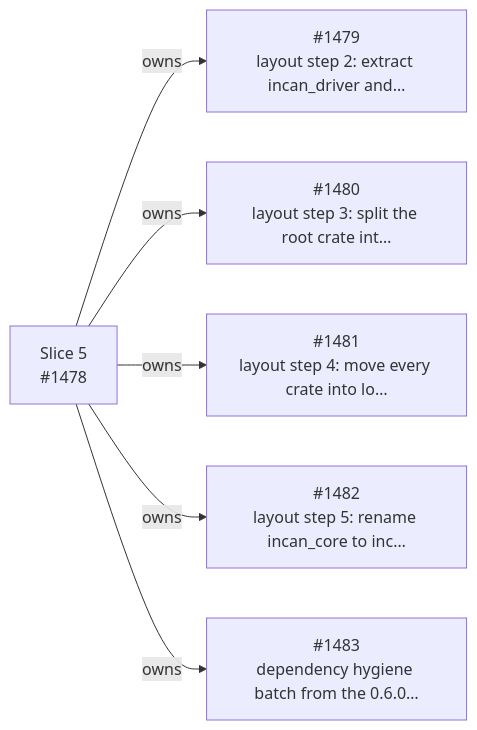
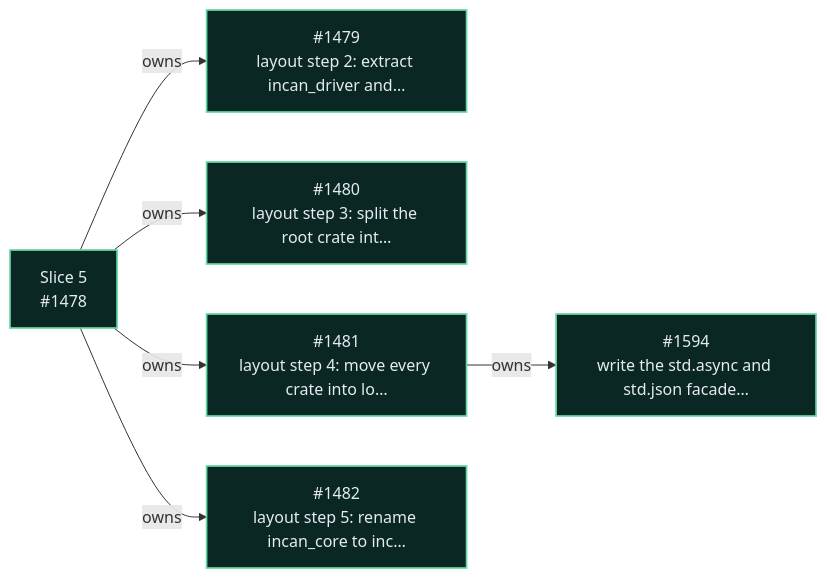
The fifth of 12 diagrams in workspaces/docs-site/docs/_snippets/project/v0_6_roadmap.md (encero-systems/incan), drawn with Mermaid before and after one commit. The commit also changed other lines of this file and 2 other files, not shown here.

First line of the commit message:
docs - 1561 refresh the v0.6 roadmap and show Slice 7 (#2051)

````diff
--- a/workspaces/docs-site/docs/_snippets/project/v0_6_roadmap.md
+++ b/workspaces/docs-site/docs/_snippets/project/v0_6_roadmap.md
@@ -421,20 +385,22 @@
 ```mermaid
 flowchart LR
   s1478["Slice 5<br/>#1478"]
   i1479["#1479<br/>layout step 2: extract incan_driver and…"]
   i1480["#1480<br/>layout step 3: split the root crate int…"]
   i1481["#1481<br/>layout step 4: move every crate into lo…"]
   i1482["#1482<br/>layout step 5: rename incan_core to inc…"]
-  i1483["#1483<br/>dependency hygiene batch from the 0.6.0…"]
+  i1594["#1594<br/>write the std.async and std.json facade…"]
   s1478 -- owns --> i1479
   s1478 -- owns --> i1480
   s1478 -- owns --> i1481
   s1478 -- owns --> i1482
-  s1478 -- owns --> i1483
+  i1481 -- owns --> i1594
+  classDef incv06complete fill:#0b2724,stroke:#66d9a3,color:#e4ebf2,stroke-width:1.7px
+  class s1478,i1479,i1480,i1481,i1482,i1594 incv06complete
   click s1478 href "https://github.com/encero-systems/incan/issues/1478" "Open #1478 on GitHub"
   click i1479 href "https://github.com/encero-systems/incan/issues/1479" "Open #1479 on GitHub"
   click i1480 href "https://github.com/encero-systems/incan/issues/1480" "Open #1480 on GitHub"
   click i1481 href "https://github.com/encero-systems/incan/issues/1481" "Open #1481 on GitHub"
   click i1482 href "https://github.com/encero-systems/incan/issues/1482" "Open #1482 on GitHub"
-  click i1483 href "https://github.com/encero-systems/incan/issues/1483" "Open #1483 on GitHub"
+  click i1594 href "https://github.com/encero-systems/incan/issues/1594" "Open #1594 on GitHub"
 ```
````
